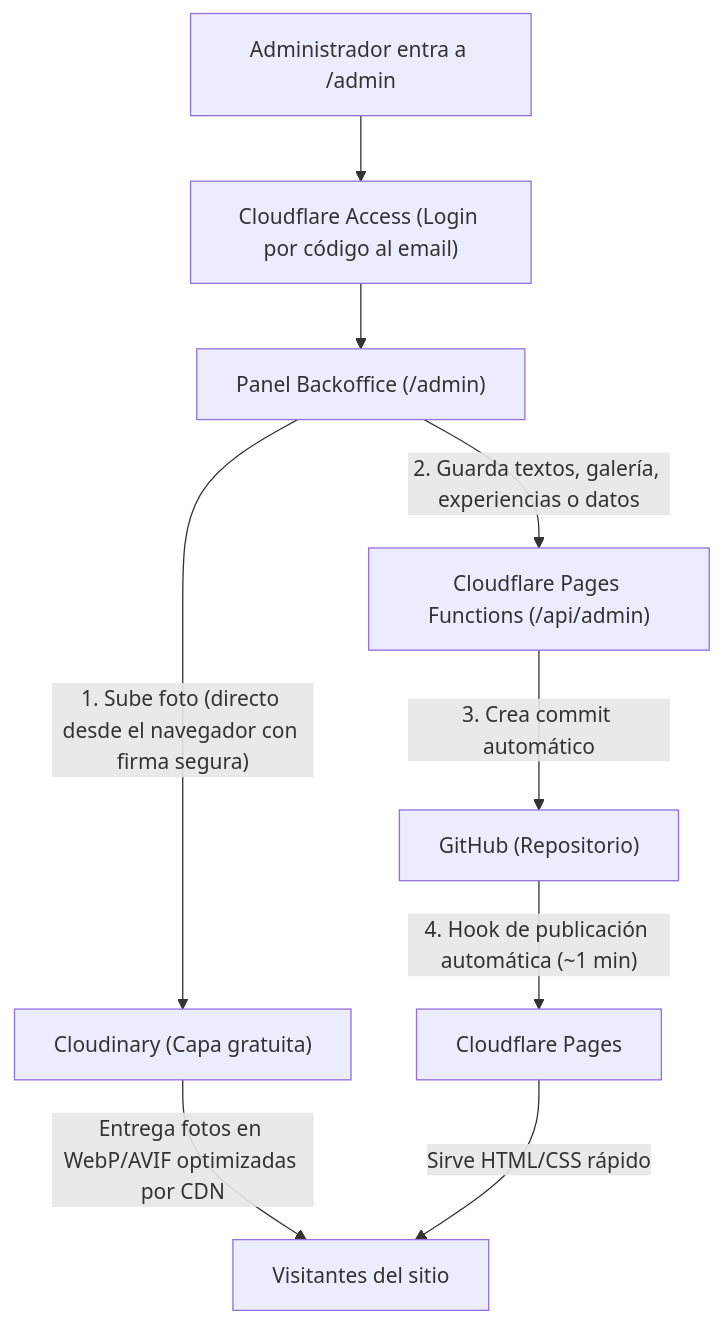
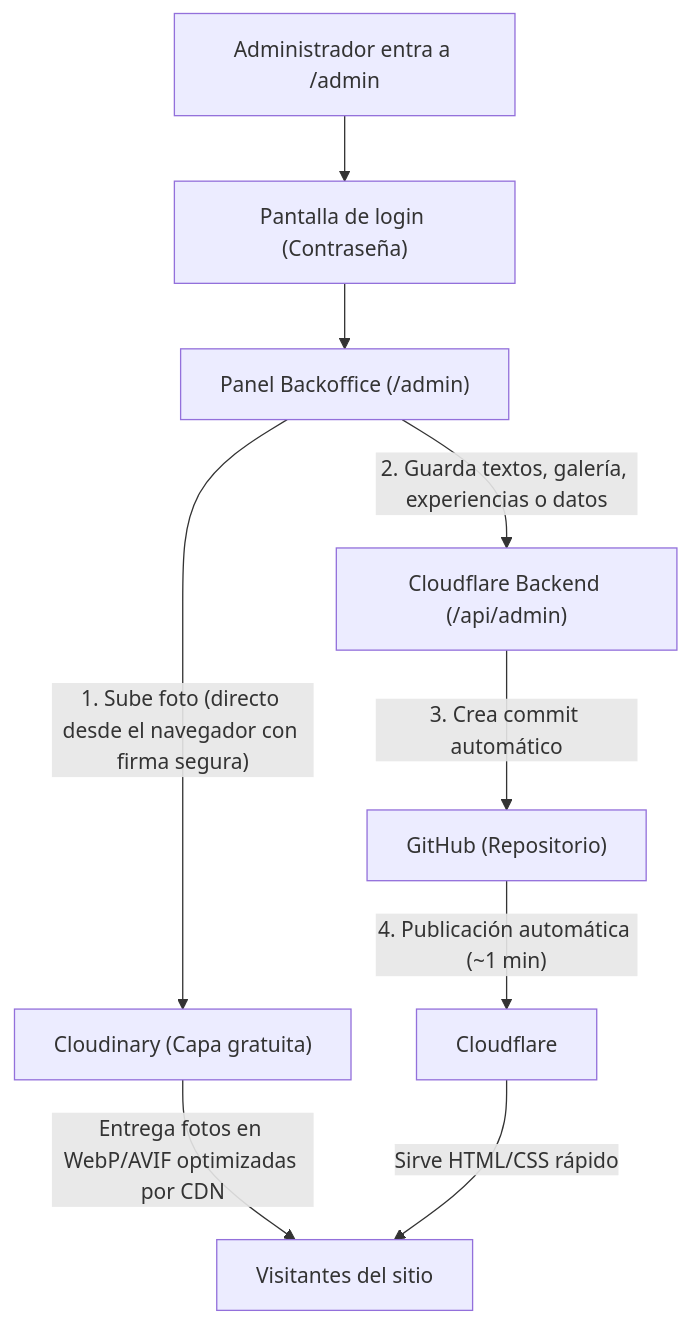
Before and after one commit to ovelasqueza/rio-tellez-website: the diagram in GUIA_ADMIN_BACKOFFICE.md, drawn with Mermaid. The commit also changed other lines of this file and 6 other files, not shown here.

Commit message:
feat: autenticacion por contrasena (ADMIN_PASSWORD) sin requerir tarjeta ni Zero Trust

````diff
--- a/GUIA_ADMIN_BACKOFFICE.md
+++ b/GUIA_ADMIN_BACKOFFICE.md
@@ -9,11 +9,11 @@
 ```mermaid
 flowchart TD
-    A["Administrador entra a /admin"] --> B["Cloudflare Access (Login por código al email)"]
+    A["Administrador entra a /admin"] --> B["Pantalla de login (Contraseña)"]
     B --> C["Panel Backoffice (/admin)"]
     C -- "1. Sube foto (directo desde el navegador con firma segura)" --> D["Cloudinary (Capa gratuita)"]
-    C -- "2. Guarda textos, galería, experiencias o datos" --> E["Cloudflare Pages Functions (/api/admin)"]
+    C -- "2. Guarda textos, galería, experiencias o datos" --> E["Cloudflare Backend (/api/admin)"]
     E -- "3. Crea commit automático" --> F["GitHub (Repositorio)"]
-    F -- "4. Hook de publicación automática (~1 min)" --> G["Cloudflare Pages"]
+    F -- "4. Publicación automática (~1 min)" --> G["Cloudflare"]
     D -- "Entrega fotos en WebP/AVIF optimizadas por CDN" --> H["Visitantes del sitio"]
     G -- "Sirve HTML/CSS rápido" --> H
 ```
````
